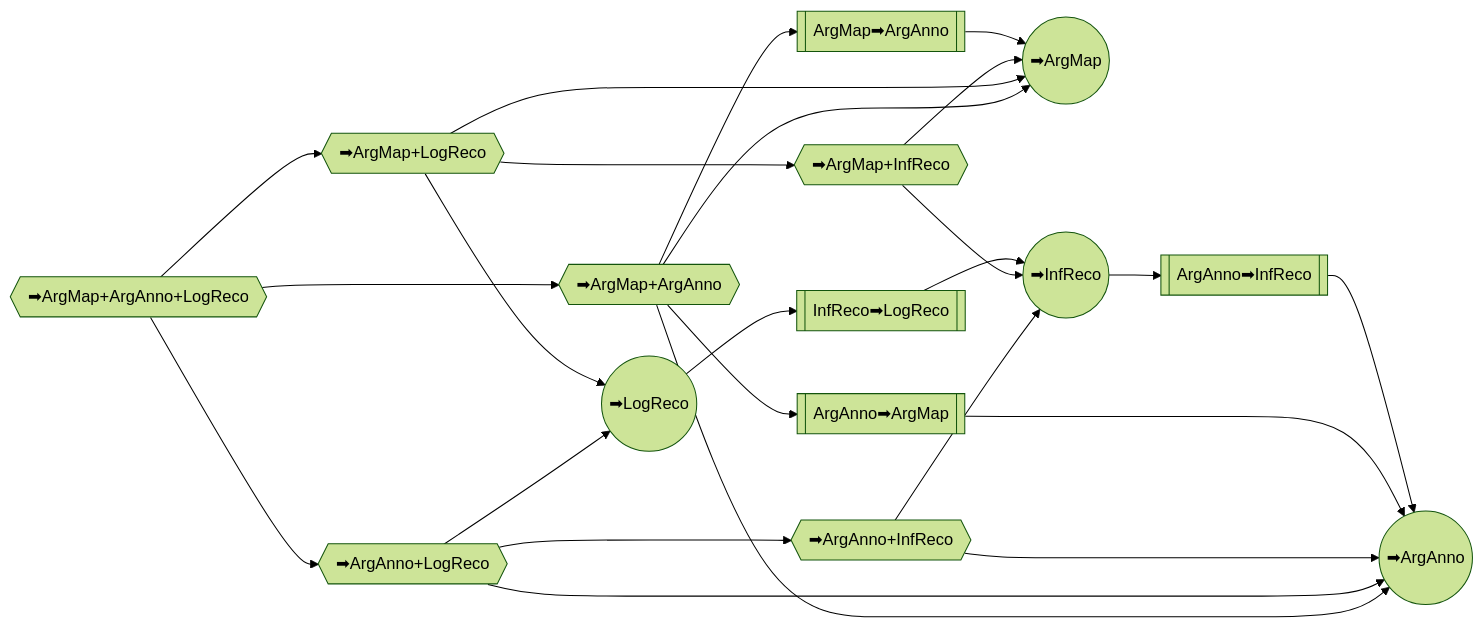
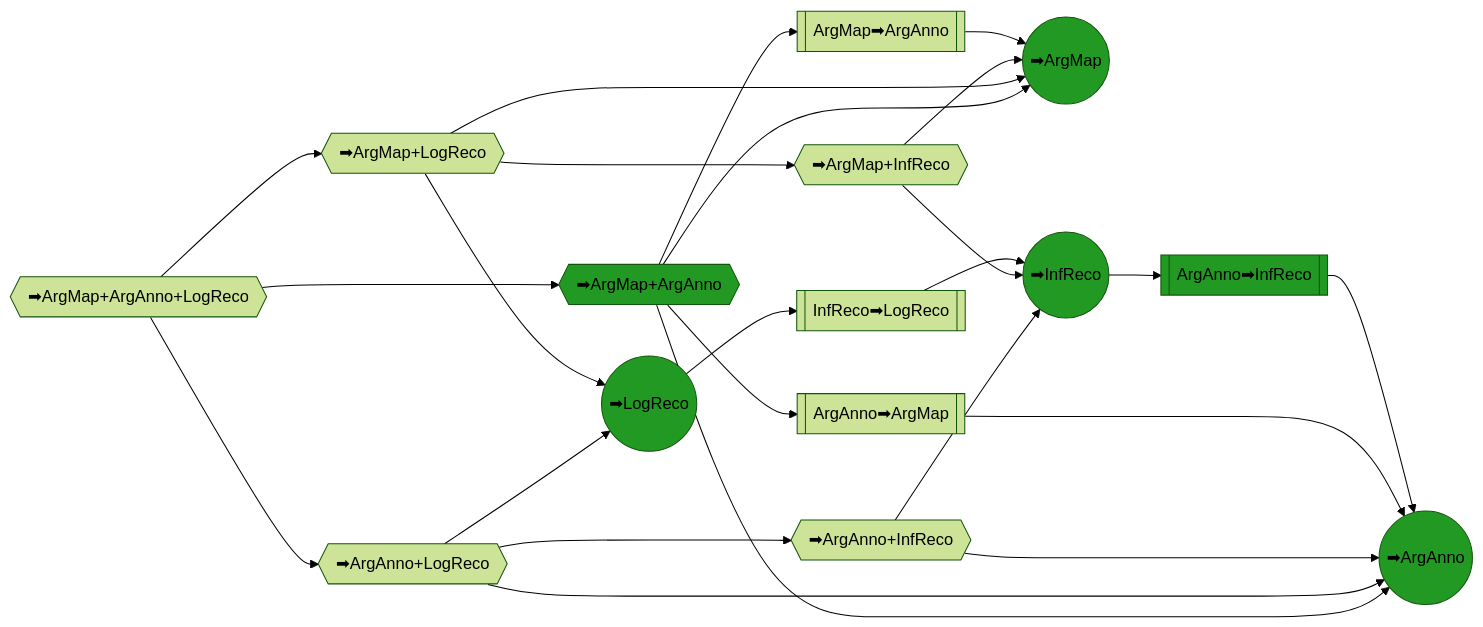
The third of 3 diagrams in README.md (debatelab/argdown-feedback), drawn with Mermaid (forest theme) before and after one commit. The commit also changed 3 other files, not shown here.

````diff
--- a/README.md
+++ b/README.md
@@ -53,50 +53,54 @@
 ```mermaid
 flowchart LR
 
 %%Top comprehensive tasks%%
 
 
 T1{{➡ArgMap+ArgAnno+LogReco}}
 
 T2{{➡ArgMap+ArgAnno}}
 T3{{➡ArgAnno+LogReco}}
 T4{{➡ArgMap+LogReco}}
 T9{{➡ArgAnno+InfReco}}
 T10{{➡ArgMap+InfReco}}
 
 T5((➡ArgMap))
 T6((➡ArgAnno))
 T7((➡LogReco))
 T8((➡InfReco))
 
 T1 --> T2 
 T1 --> T3 --> T9
 T1 --> T4 --> T10
 
 T2 --> T5
 T2 --> T6
 T3 --> T6
 T3 --> T7
 T4 --> T5
 T4 --> T7
 T9 --> T6
 T9 --> T8
 T10 --> T5
 T10 --> T8
 
 SE1[[ArgAnno➡ArgMap]]
 T2 --> SE1 --> T6
 
 SE2[[ArgMap➡ArgAnno]]
 T2 --> SE2 --> T5
 
 %%Logical reconstruction exercises%%
 
 SE3[[ArgAnno➡InfReco]]
 T8 --> SE3 --> T6
 
 
 SE4[[InfReco➡LogReco]]
 T7 --> SE4 --> T8
 
+classDef Completed fill:#292;
+class T2,T5,T6,T7,T8,SE3 Completed;
+
+
 ```
````
